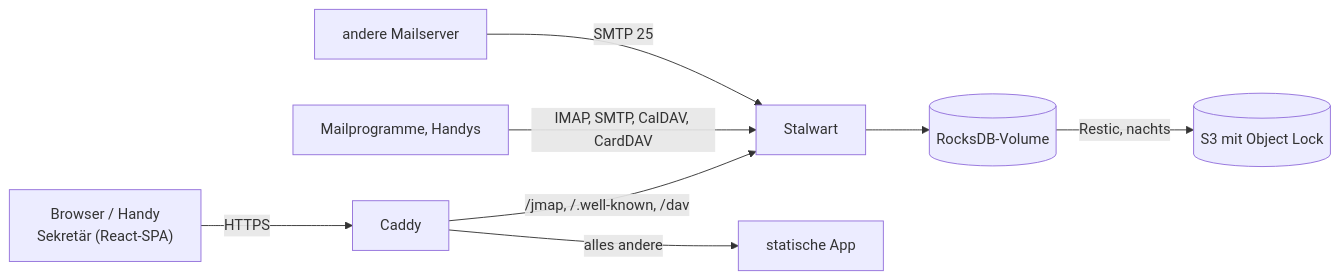
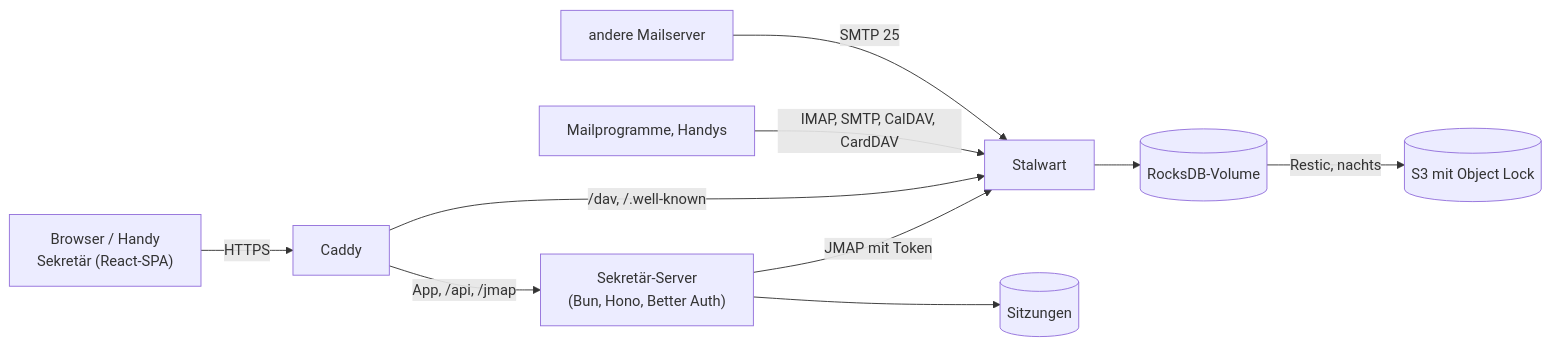
One commit to firsttris/kontext changed the diagram in docs/architecture.md. Above: the diagram before and after it, drawn with Mermaid. The commit also changed other lines of this file and 43 other files, not shown here.

First line of the commit message:
Stay signed in: a small server with Better Auth, and an installable app

````diff
--- a/docs/architecture.md
+++ b/docs/architecture.md
@@ -3,10 +3,12 @@
 ```mermaid
 flowchart LR
   Browser["Browser / Handy<br>Sekretär (React-SPA)"] -->|HTTPS| Caddy
-  Caddy -->|"/jmap, /.well-known, /dav"| Stalwart
-  Caddy -->|"alles andere"| Dateien["statische App"]
+  Caddy -->|"App, /api, /jmap"| Server["Sekretär-Server<br>(Bun, Hono, Better Auth)"]
+  Server -->|"JMAP mit Token"| Stalwart
+  Server --> SQLite[("Sitzungen")]
+  Caddy -->|"/dav, /.well-known"| Stalwart
   Clients["Mailprogramme, Handys"] -->|"IMAP, SMTP, CalDAV, CardDAV"| Stalwart
   Internet["andere Mailserver"] -->|SMTP 25| Stalwart
   Stalwart --> Daten[("RocksDB-Volume")]
   Daten -->|Restic, nachts| S3[("S3 mit Object Lock")]
 ```
````
